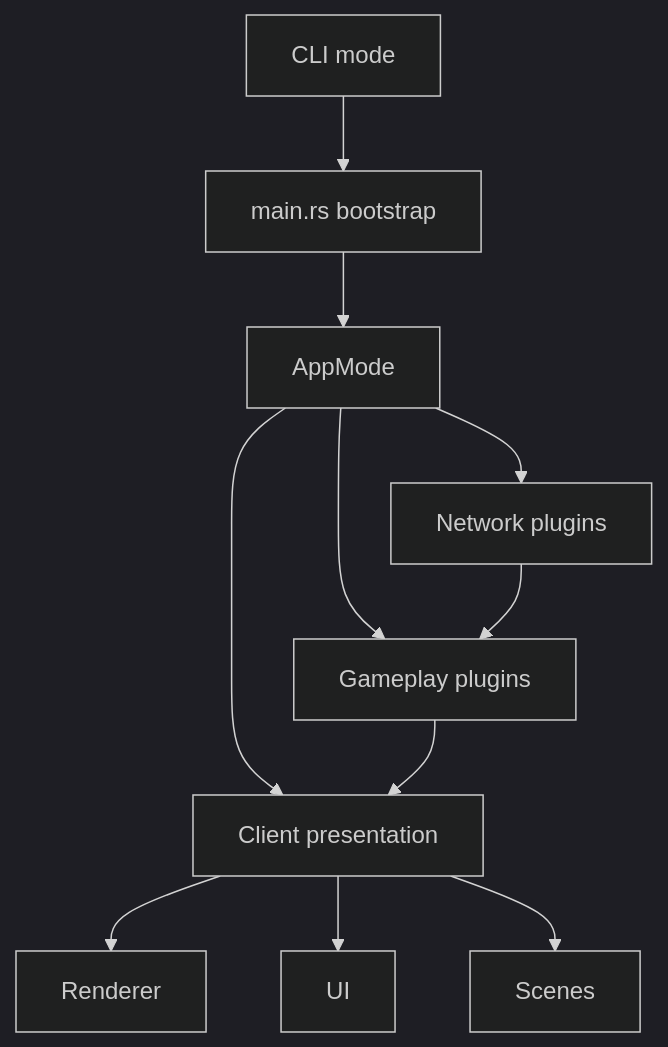
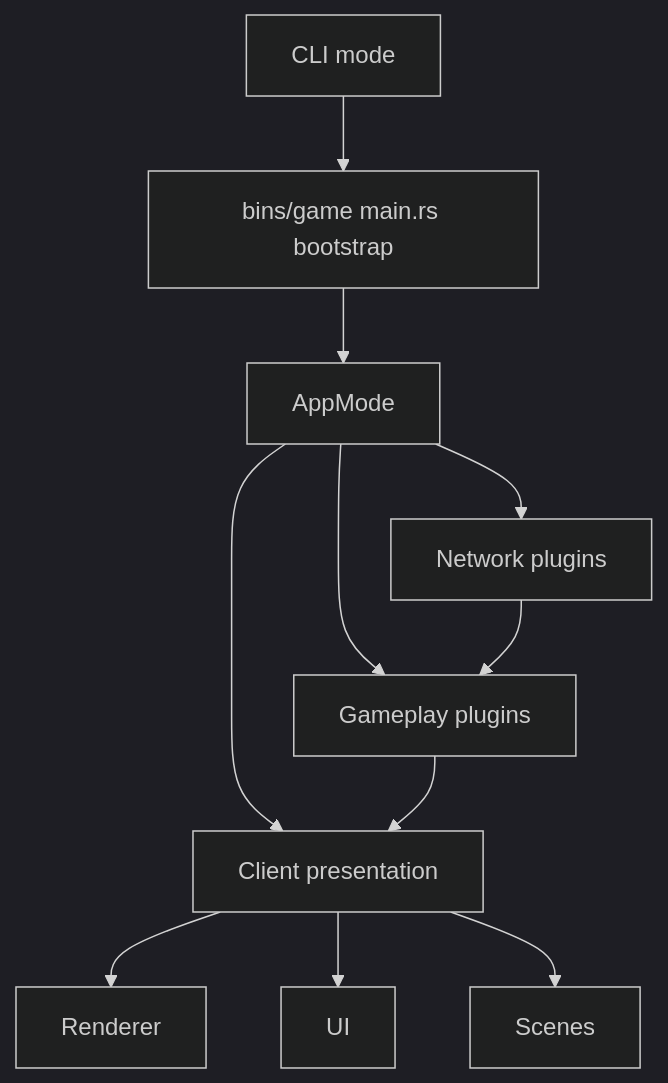
Before and after one commit to alessandrobrunoh/BevyMMO: the diagram in README.md, drawn with Mermaid (dark theme). The commit also changed other lines of this file, not shown here.

````diff
--- a/README.md
+++ b/README.md
@@ -369,13 +366,13 @@
 ```mermaid
 flowchart TD
-    CLI[CLI mode] --> Bootstrap[main.rs bootstrap]
+    CLI[CLI mode] --> Bootstrap[bins/game main.rs bootstrap]
     Bootstrap --> AppMode[AppMode]
     AppMode --> Network[Network plugins]
     AppMode --> Gameplay[Gameplay plugins]
     AppMode --> Presentation[Client presentation]
     Network --> Gameplay
     Gameplay --> Presentation
     Presentation --> Renderer[Renderer]
     Presentation --> UI[UI]
     Presentation --> Scenes[Scenes]
 ```
````
